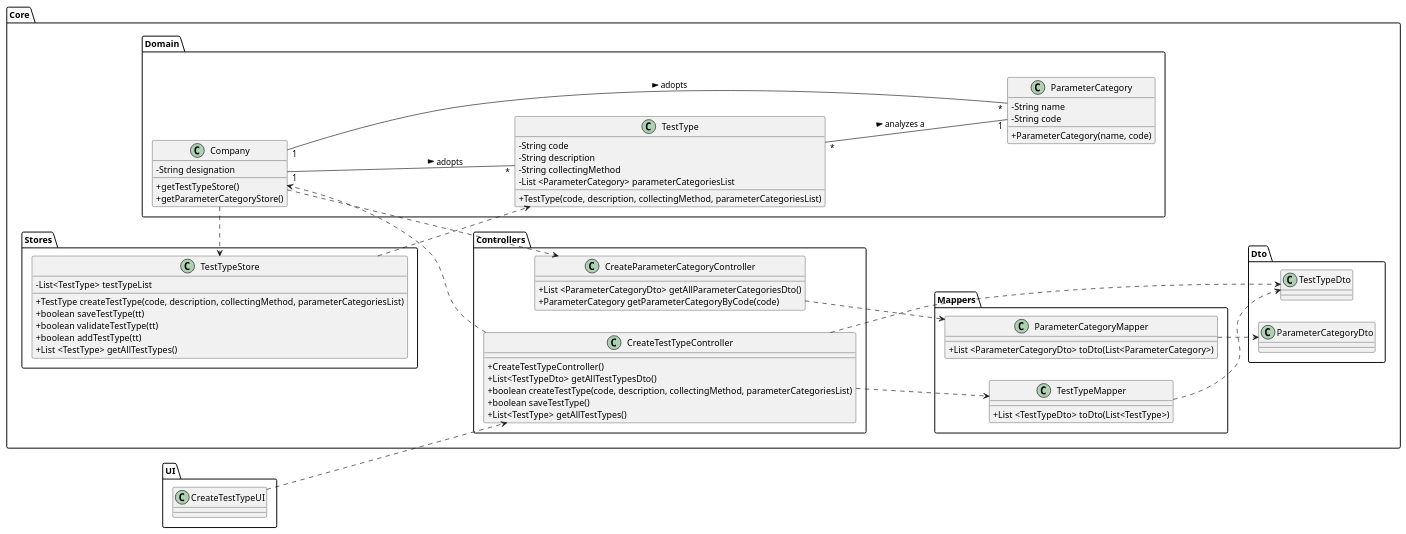
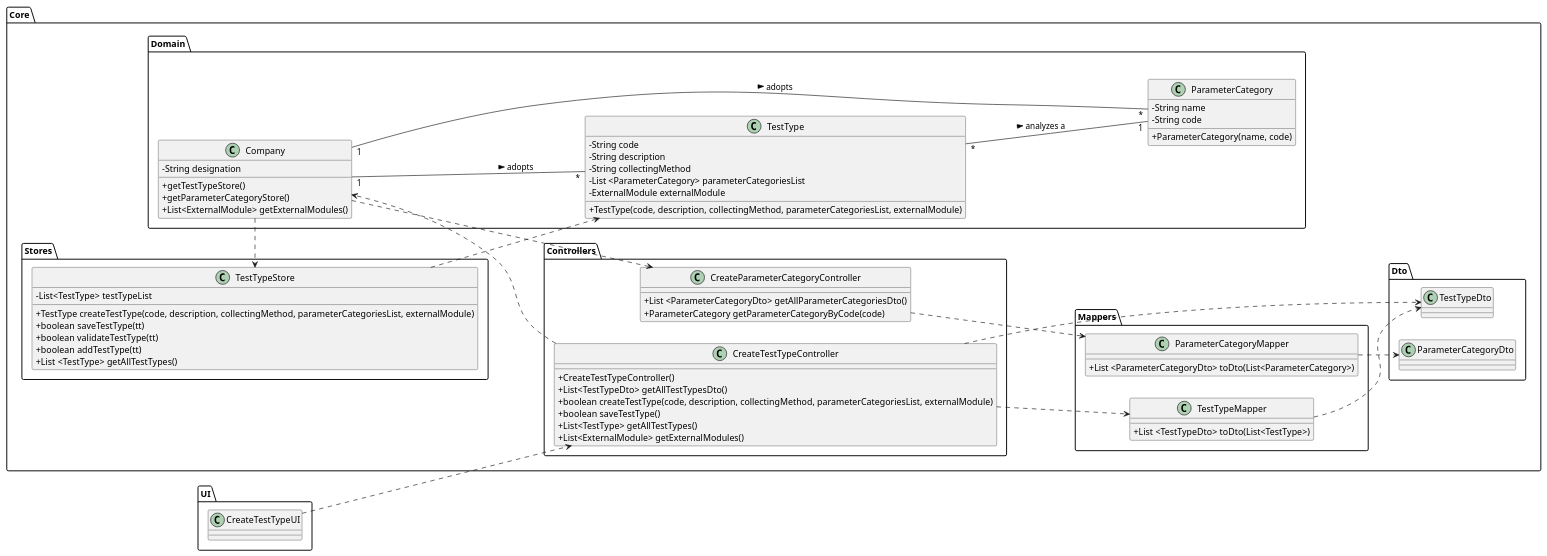
The diagram in docs/SprintC/US09/US09-CD.puml (0franciscor/lei-21-s2-1de-g19), drawn with PlantUML before and after one commit. The commit also changed 12 other files, not shown here.

Commit message:
[US9] - Alteração dos diagramas de design e o respetivo código de forma a incorporar as alterações correspondentes às API's.

```diff
--- a/docs/SprintC/US09/US09-CD.puml
+++ b/docs/SprintC/US09/US09-CD.puml
@@ -1,104 +1,107 @@
 @startuml
 skinparam classAttributeIconSize 0
 left to right direction
 
 package Core{
 
 package Domain{
 class "Company" as C {
 -String designation
 +getTestTypeStore()
 +getParameterCategoryStore()
++List<ExternalModule> getExternalModules()
 }
 
 class "ParameterCategory" as PC{
 -String name
 -String code
 +ParameterCategory(name, code)
 }
 
 class "TestType" as TT {
 -String code
 -String description
 -String collectingMethod
 -List <ParameterCategory> parameterCategoriesList
-+TestType(code, description, collectingMethod, parameterCategoriesList)
+-ExternalModule externalModule
++TestType(code, description, collectingMethod, parameterCategoriesList, externalModule)
 }
 
 }
 
 
 
 package Stores{
 class "TestTypeStore" as TTS{
 -List<TestType> testTypeList
-+TestType createTestType(code, description, collectingMethod, parameterCategoriesList)
++TestType createTestType(code, description, collectingMethod, parameterCategoriesList, externalModule)
 +boolean saveTestType(tt)
 +boolean validateTestType(tt)
 +boolean addTestType(tt)
 +List <TestType> getAllTestTypes()
 }
 }
 
 
 
 package Controllers{
 class "CreateTestTypeController" as CTTC {
 +CreateTestTypeController()
 +List<TestTypeDto> getAllTestTypesDto()
-+boolean createTestType(code, description, collectingMethod, parameterCategoriesList)
++boolean createTestType(code, description, collectingMethod, parameterCategoriesList, externalModule)
 +boolean saveTestType()
 +List<TestType> getAllTestTypes()
++List<ExternalModule> getExternalModules()
 }
 
 
 
 class "CreateParameterCategoryController" as CPCS{
 +List <ParameterCategoryDto> getAllParameterCategoriesDto()
 +ParameterCategory getParameterCategoryByCode(code)
 }
 
 }
 
 package Mappers{
 class "TestTypeMapper" as ttM{
 +List <TestTypeDto> toDto(List<TestType>)
 }
 
 class "ParameterCategoryMapper" as pcM{
 +List <ParameterCategoryDto> toDto(List<ParameterCategory>)
 }
 
 }
 
 
 package Dto{
 class "TestTypeDto" as ttDto{
 }
 
 class "ParameterCategoryDto" as pcDto{
 }
 
 }
 
 }
 package UI{
 class "CreateTestTypeUI" as CTTUI
 }
 
 CTTUI ..> CTTC
 C ..> CPCS
 C ..> TTS
 CTTC ..> C
 CTTC ..> ttM
 CTTC ..> ttDto
 TT "*" -- "1" PC : > analyzes a
 TTS ..> TT
 ttM ..> ttDto
 pcM ..> pcDto
 CPCS ..> pcM
 
 C "1" -- "*" TT : > adopts
 C "1" -- "*" PC : > adopts
 
 @enduml
```
